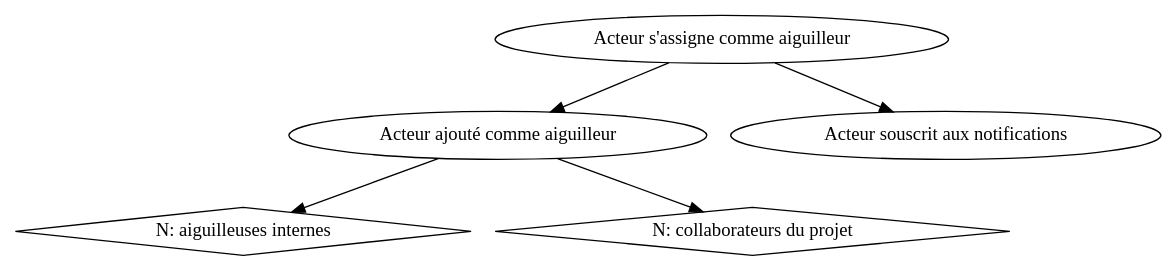
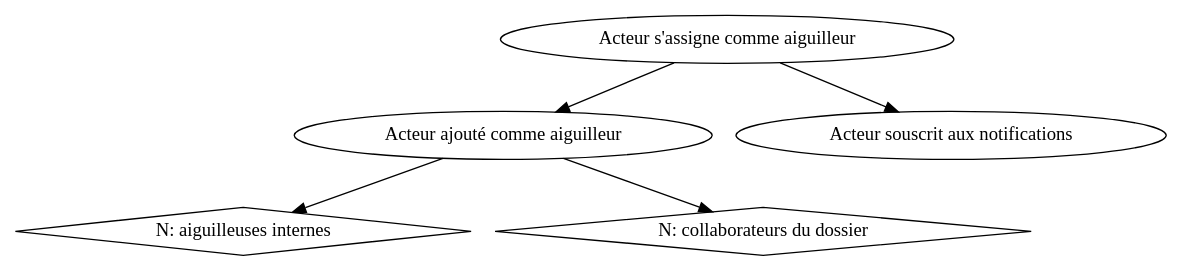
Before and after one commit to betagouv/recommandations-collaboratives: the second of 6 diagrams in docs/workflows.rst, drawn with Graphviz. The commit also changed other lines of this file and 11 other files, not shown here.

Commit message:
[fix] update terminology from "projet" to "dossier" in SQL, documentation, and templates

```diff
--- a/docs/workflows.rst
+++ b/docs/workflows.rst
@@ -28,12 +28,12 @@
 .. graphviz::
 
    digraph foo {
       "N: aiguilleuses internes"[shape="diamond"];
-      "N: collaborateurs du projet"[shape="diamond"];
+      "N: collaborateurs du dossier"[shape="diamond"];
 
       "Acteur s'assigne comme aiguilleur" -> "Acteur ajouté comme aiguilleur";
       "Acteur s'assigne comme aiguilleur" -> "Acteur souscrit aux notifications";
 
       "Acteur ajouté comme aiguilleur" -> "N: aiguilleuses internes";
-      "Acteur ajouté comme aiguilleur" -> "N: collaborateurs du projet";
+      "Acteur ajouté comme aiguilleur" -> "N: collaborateurs du dossier";
    }
```
